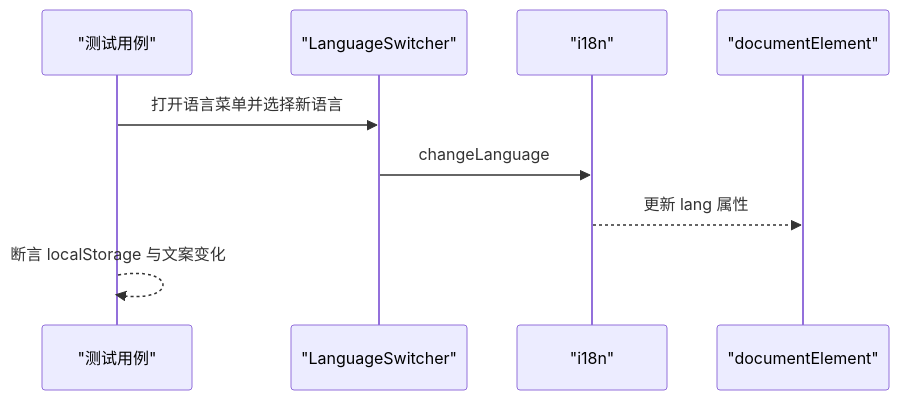
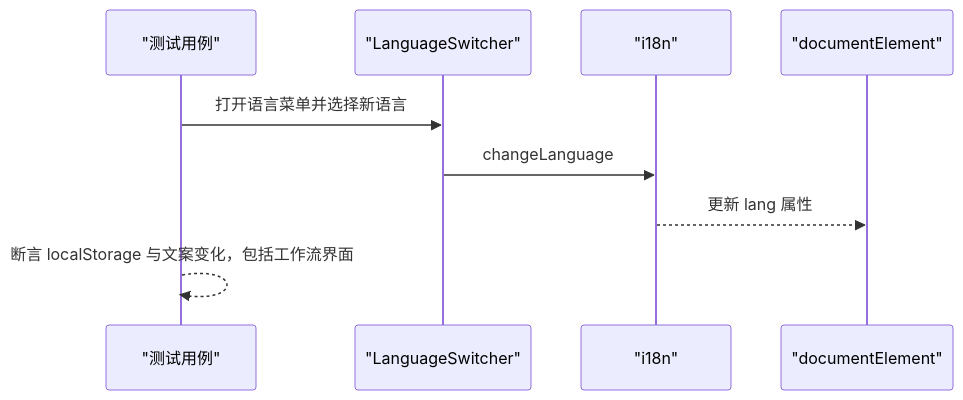
The ninth of 10 diagrams in .qoder/repowiki/zh/content/WebUI前端系统/国际化(i18n)系统.md (gongzeq/VAPT3), drawn with Mermaid before and after one commit. The commit also changed other lines of this file and 33 other files, not shown here.

````diff
--- a/.qoder/repowiki/zh/content/WebUI前端系统/国际化(i18n)系统.md
+++ b/.qoder/repowiki/zh/content/WebUI前端系统/国际化(i18n)系统.md
@@ -268,11 +314,11 @@
 ```mermaid
 sequenceDiagram
 participant T as "测试用例"
 participant LS as "LanguageSwitcher"
 participant I18N as "i18n"
 participant DOC as "documentElement"
 T->>LS : 打开语言菜单并选择新语言
 LS->>I18N : changeLanguage
 I18N-->>DOC : 更新 lang 属性
-T-->>T : 断言 localStorage 与文案变化
+T-->>T : 断言 localStorage 与文案变化，包括工作流界面
 ```
````
